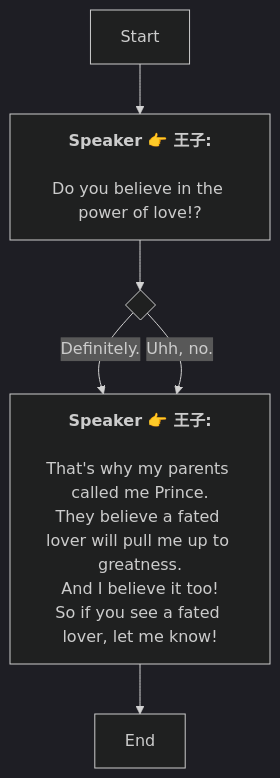
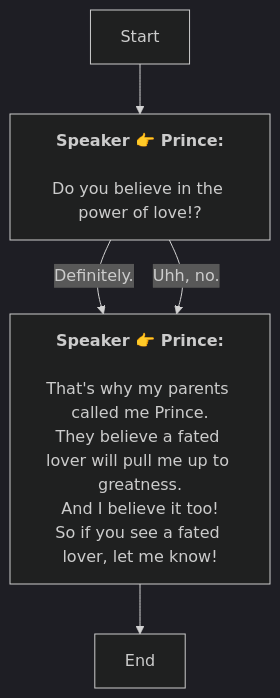
The diagram in Zh/AddDialogNode_1769061199392816.md (SoftHu/tos_avg), drawn with Mermaid (dark theme) before and after one commit. The commit also changed 737 other files, not shown here.

````diff
--- a/Zh/AddDialogNode_1769061199392816.md
+++ b/Zh/AddDialogNode_1769061199392816.md
@@ -1,21 +1,15 @@
 ```mermaid
 graph
-Start -->1769061300408371[<b>Speaker 👉 王子:</b>
-
-Do you believe in the power of love!?]
-1769061300408371 -->1769061315290164{ }
-1769061315290164 -->|Definitely. |1769061331779641[<b>Speaker 👉 王子:</b>
-
-That's why my parents called me Prince.
-They believe a fated lover will pull me up to greatness.
-And I believe it too!
+Start -->1769061300408371[<b>Speaker 👉 Prince:</b>
+\nDo you believe in the power of love!?]
+1769061300408371 -->|Definitely. |1769061331779641[<b>Speaker 👉 Prince:</b>
+\nThat's why my parents called me Prince.
+They believe a fated lover will pull me up to greatness.\nAnd I believe it too!
 So if you see a fated lover, let me know! ]
-1769061315290164 -->|Uhh, no.|1769061331779641[<b>Speaker 👉 王子:</b>
-
-That's why my parents called me Prince.
-They believe a fated lover will pull me up to greatness.
-And I believe it too!
+1769061300408371 -->|Uhh, no.|1769061331779641[<b>Speaker 👉 Prince:</b>
+\nThat's why my parents called me Prince.
+They believe a fated lover will pull me up to greatness.\nAnd I believe it too!
 So if you see a fated lover, let me know! ]
 1769061331779641 -->1769061374106683[End]
 
- ```
+```
````
